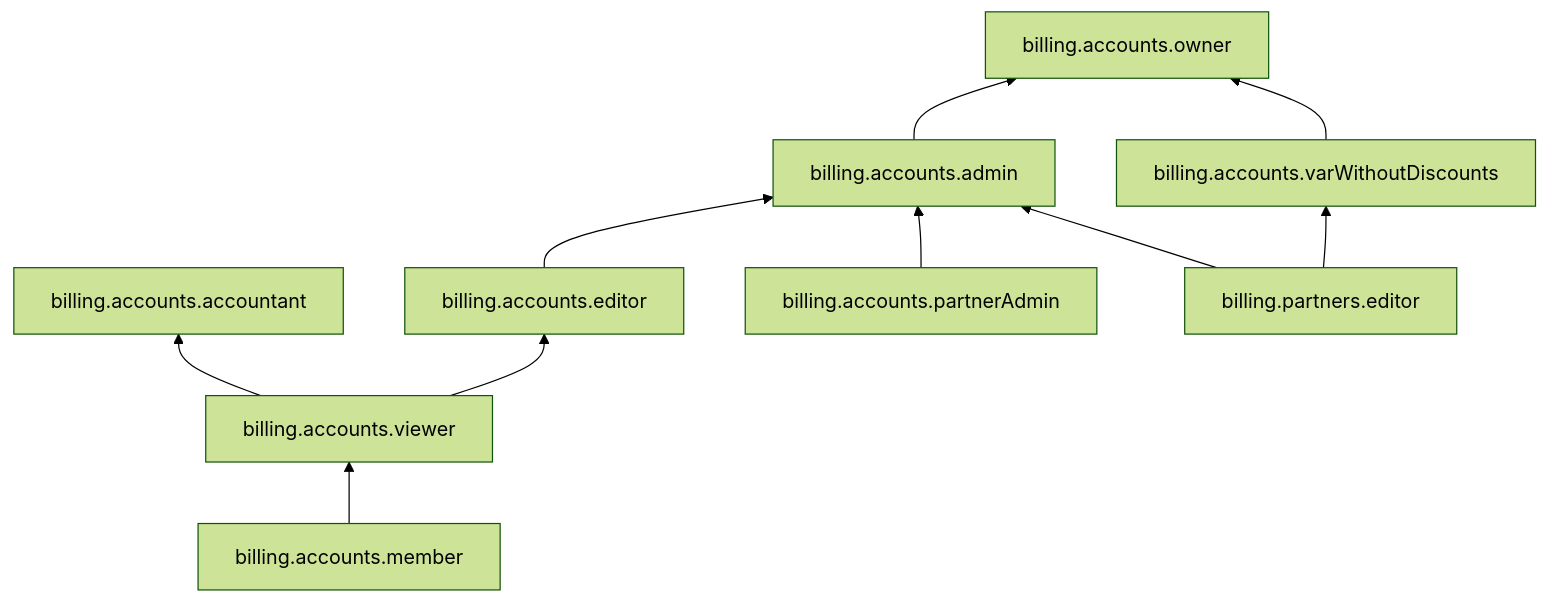
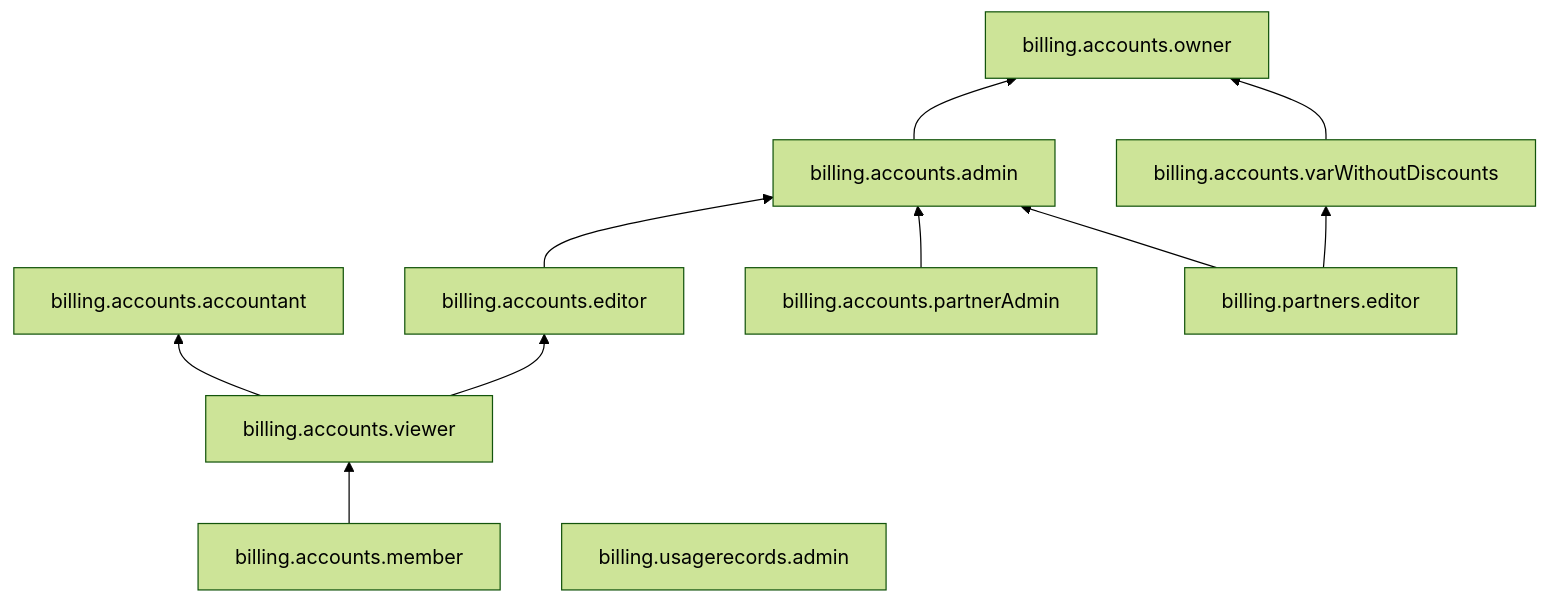
Before and after one commit to yandex-cloud/docs: the diagram in md-docs/billing/security/index.md, drawn with Mermaid (forest theme). The commit also changed other lines of this file and 91 other files, not shown here.

````diff
--- a/md-docs/billing/security/index.md
+++ b/md-docs/billing/security/index.md
@@ -22,12 +22,13 @@
 ```mermaid
 flowchart BT
     billing.accounts.viewer --> billing.accounts.accountant
     billing.accounts.viewer --> billing.accounts.editor
     billing.accounts.editor --> billing.accounts.admin
     billing.accounts.partnerAdmin --> billing.accounts.admin
     billing.partners.editor --> billing.accounts.admin
     billing.partners.editor --> billing.accounts.varWithoutDiscounts
     billing.accounts.admin --> billing.accounts.owner
     billing.accounts.varWithoutDiscounts --> billing.accounts.owner
     billing.accounts.member --> billing.accounts.viewer
+    billing.usagerecords.admin
 ```
````
